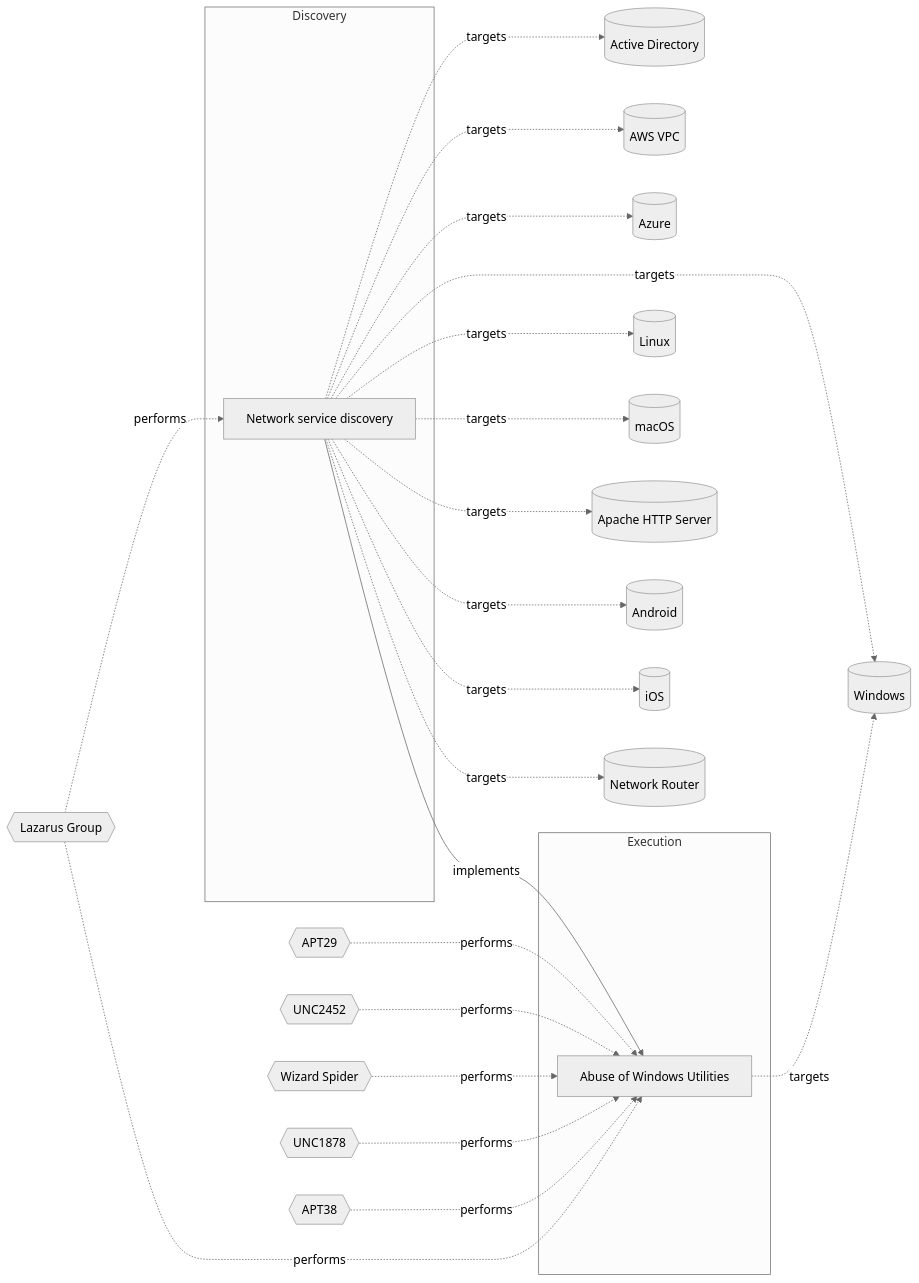
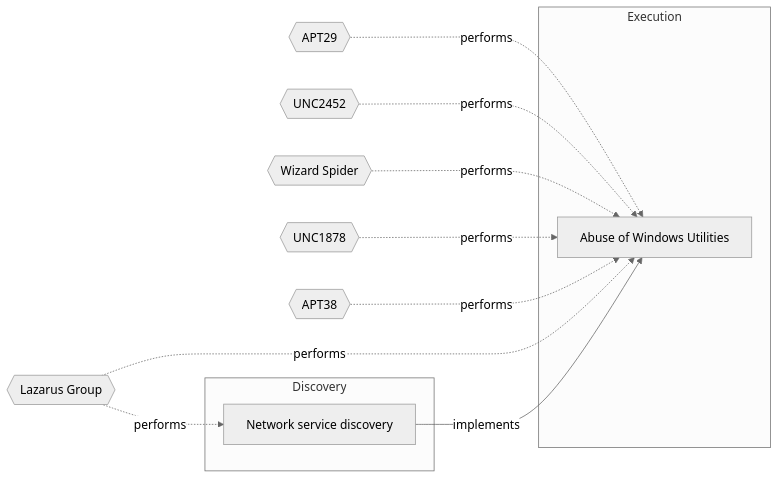
One commit to OpenTideHQ/WikiTide changed the diagram in Models/Threat Vectors/☣️ Network service discovery.md. Above: the diagram before and after it, drawn with Mermaid (neutral theme). The commit also changed other lines of this file and 232 other files, not shown here.

````diff
--- a/Models/Threat Vectors/☣️ Network service discovery.md
+++ b/Models/Threat Vectors/☣️ Network service discovery.md
@@ -104,53 +104,32 @@
 ```mermaid
 
 flowchart LR
 
 fd0542bd-1541-42a7-8c07-0e073a198a53[Network service discovery]
 d5039f2c-9fcc-4ba3-ad6a-da8c891ba745[Abuse of Windows Utilities]
 
 subgraph Discovery
 fd0542bd-1541-42a7-8c07-0e073a198a53
 end
 subgraph Execution
 d5039f2c-9fcc-4ba3-ad6a-da8c891ba745
 end
 
-ActiveDirectory[(Active Directory)]
-AWSVPC[(AWS VPC)]
-Azure[(Azure)]
-Windows[(Windows)]
-Linux[(Linux)]
-macOS[(macOS)]
-ApacheHTTPServer[(Apache HTTP Server)]
-Android[(Android)]
-iOS[(iOS)]
-NetworkRouter[(Network Router)]
 LazarusGroup{{Lazarus Group}}
 APT29{{APT29}}
 UNC2452{{UNC2452}}
 WizardSpider{{Wizard Spider}}
 UNC1878{{UNC1878}}
 APT38{{APT38}}
 
-fd0542bd-1541-42a7-8c07-0e073a198a53 -.->|targets| ActiveDirectory
-fd0542bd-1541-42a7-8c07-0e073a198a53 -.->|targets| AWSVPC
-fd0542bd-1541-42a7-8c07-0e073a198a53 -.->|targets| Azure
-fd0542bd-1541-42a7-8c07-0e073a198a53 -.->|targets| Windows
-fd0542bd-1541-42a7-8c07-0e073a198a53 -.->|targets| Linux
-fd0542bd-1541-42a7-8c07-0e073a198a53 -.->|targets| macOS
-fd0542bd-1541-42a7-8c07-0e073a198a53 -.->|targets| ApacheHTTPServer
-fd0542bd-1541-42a7-8c07-0e073a198a53 -.->|targets| Android
-fd0542bd-1541-42a7-8c07-0e073a198a53 -.->|targets| iOS
-fd0542bd-1541-42a7-8c07-0e073a198a53 -.->|targets| NetworkRouter
-d5039f2c-9fcc-4ba3-ad6a-da8c891ba745 -.->|targets| Windows
 LazarusGroup -.-> |performs| fd0542bd-1541-42a7-8c07-0e073a198a53
 APT29 -.-> |performs| d5039f2c-9fcc-4ba3-ad6a-da8c891ba745
 UNC2452 -.-> |performs| d5039f2c-9fcc-4ba3-ad6a-da8c891ba745
 WizardSpider -.-> |performs| d5039f2c-9fcc-4ba3-ad6a-da8c891ba745
 UNC1878 -.-> |performs| d5039f2c-9fcc-4ba3-ad6a-da8c891ba745
 APT38 -.-> |performs| d5039f2c-9fcc-4ba3-ad6a-da8c891ba745
 LazarusGroup -.-> |performs| d5039f2c-9fcc-4ba3-ad6a-da8c891ba745
 
 fd0542bd-1541-42a7-8c07-0e073a198a53 -->|implements| d5039f2c-9fcc-4ba3-ad6a-da8c891ba745
 
 ```
````
